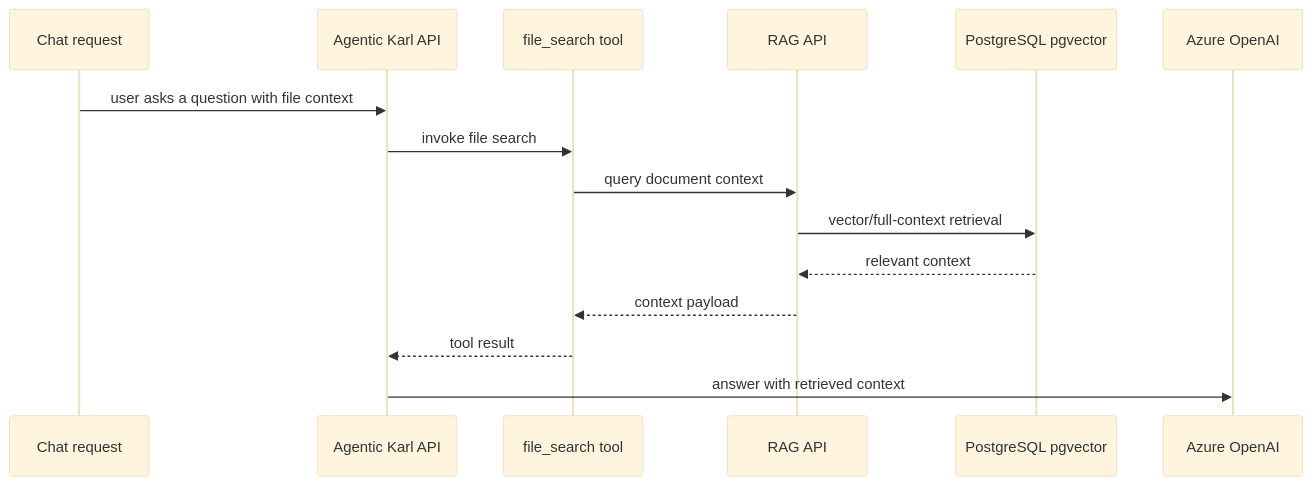
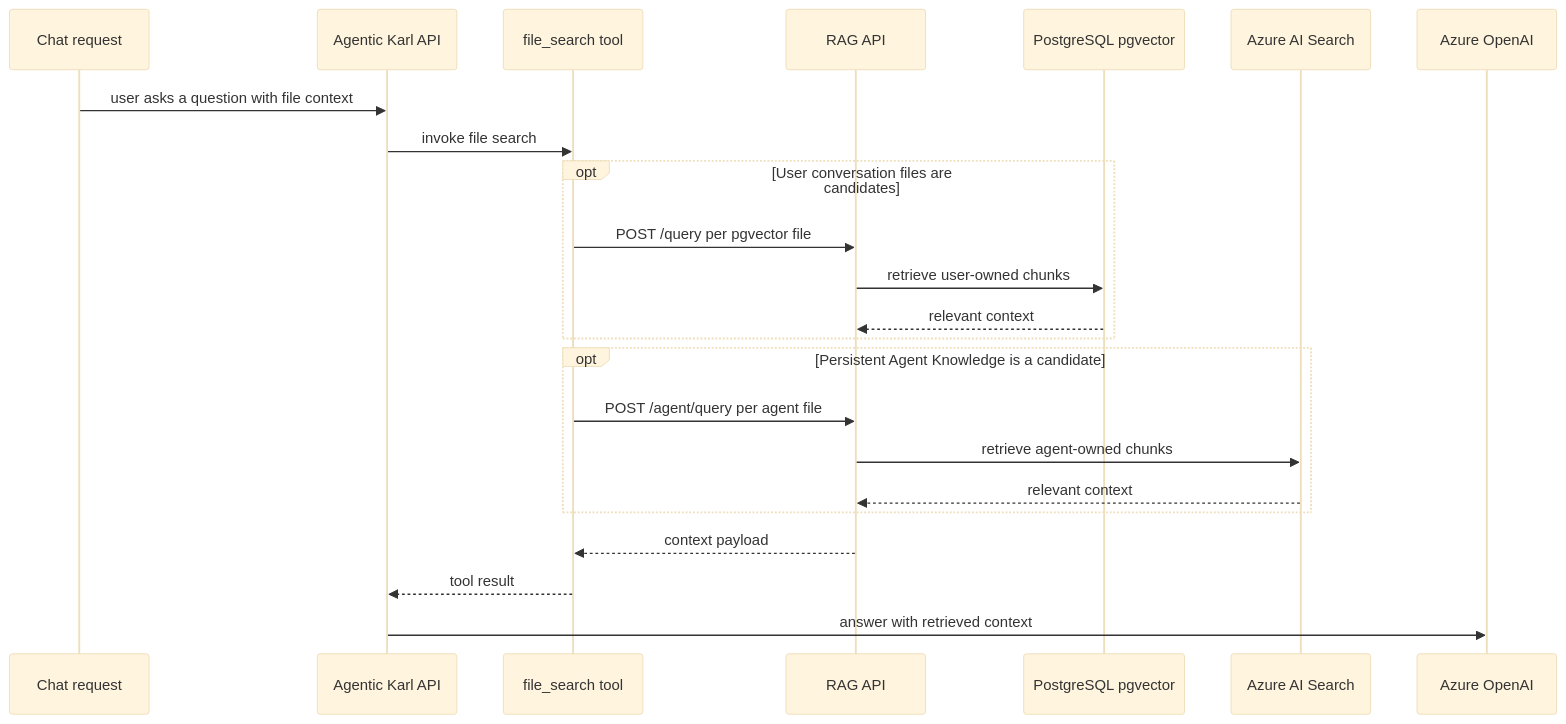
One commit to Falenos/LibreChat changed the eighth of 10 diagrams in knauf/docs/reference/agentic-karl-architecture.md. Above: the diagram before and after it, drawn with Mermaid (base theme). The commit also changed other lines of this file and 8 other files, not shown here.

Commit message:
docs: define dual-backend agent retrieval architecture

````diff
--- a/knauf/docs/reference/agentic-karl-architecture.md
+++ b/knauf/docs/reference/agentic-karl-architecture.md
@@ -696,18 +715,26 @@
 ```mermaid
 sequenceDiagram
   participant Chat as Chat request
   participant API as Agentic Karl API
   participant Tool as file_search tool
   participant RAG as RAG API
   participant PG as PostgreSQL pgvector
+  participant Search as Azure AI Search
   participant Model as Azure OpenAI
 
   Chat->>API: user asks a question with file context
   API->>Tool: invoke file search
-  Tool->>RAG: query document context
-  RAG->>PG: vector/full-context retrieval
-  PG-->>RAG: relevant context
+  opt User conversation files are candidates
+    Tool->>RAG: POST /query per pgvector file
+    RAG->>PG: retrieve user-owned chunks
+    PG-->>RAG: relevant context
+  end
+  opt Persistent Agent Knowledge is a candidate
+    Tool->>RAG: POST /agent/query per agent file
+    RAG->>Search: retrieve agent-owned chunks
+    Search-->>RAG: relevant context
+  end
   RAG-->>Tool: context payload
   Tool-->>API: tool result
   API->>Model: answer with retrieved context
 ```
````
